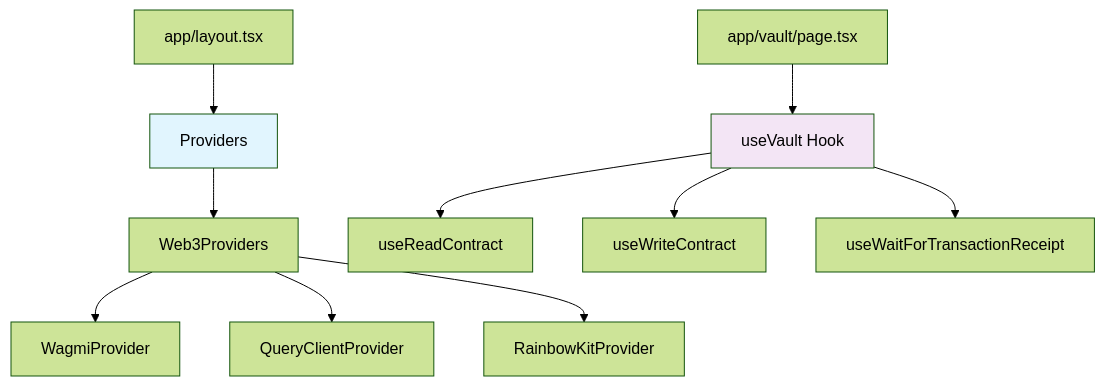
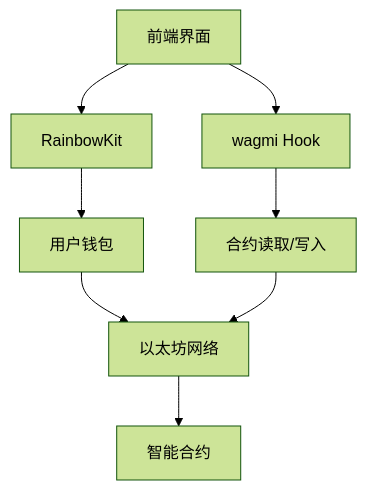
One commit to RohithVetri/defi-fixed-yield-course changed the first of 4 diagrams in docs/lessons/05-frontend.md. Above: the diagram before and after it, drawn with Mermaid (forest theme). The commit also changed other lines of this file and 5 other files, not shown here.

````diff
--- a/docs/lessons/05-frontend.md
+++ b/docs/lessons/05-frontend.md
@@ -16,16 +14,11 @@
 ```mermaid
 graph TD
-    A[app/layout.tsx] --> B[Providers]
-    B --> C[Web3Providers]
-    C --> D[WagmiProvider]
-    C --> E[QueryClientProvider]  
-    C --> F[RainbowKitProvider]
+    A[前端界面] --> B[RainbowKit]
+    B --> C[用户钱包]
+    C --> D[以太坊网络]
+    D --> E[智能合约]
     
-    G[app/vault/page.tsx] --> H[useVault Hook]
-    H --> I[useReadContract]
-    H --> J[useWriteContract]
-    H --> K[useWaitForTransactionReceipt]
-    
-    style B fill:#e1f5fe
-    style H fill:#f3e5f5
+    A --> F[wagmi Hook]
+    F --> G[合约读取/写入]
+    G --> D
 ```
````
